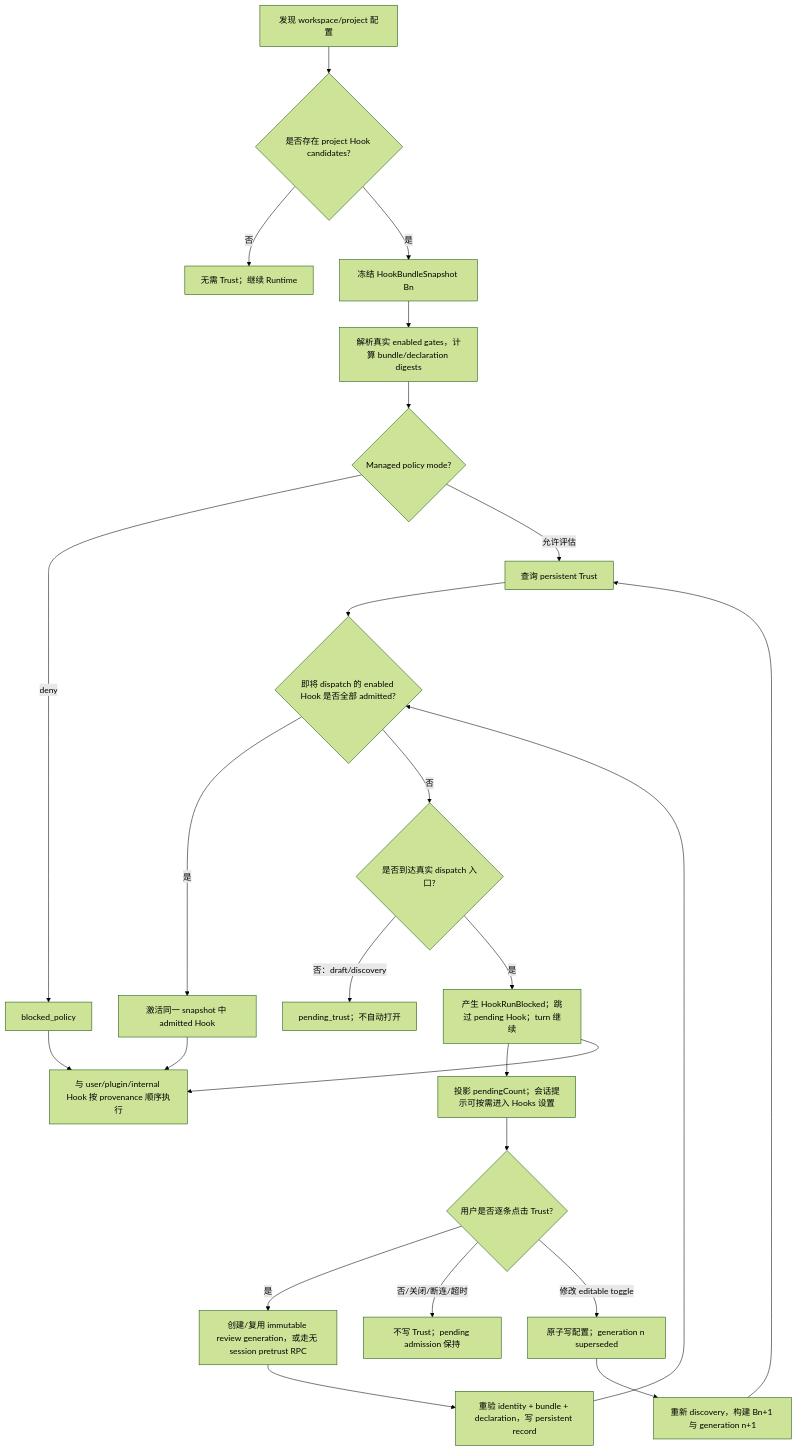
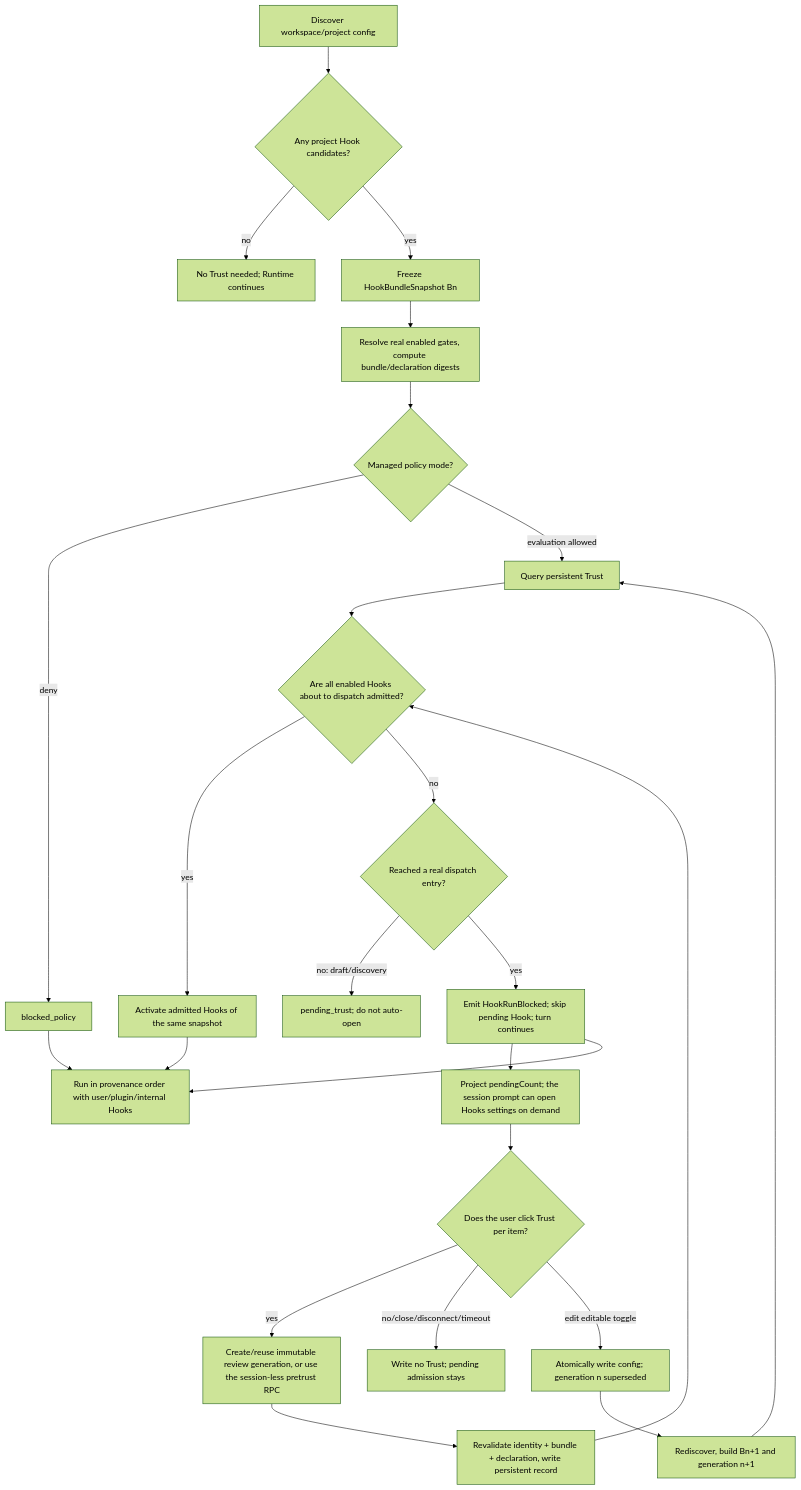
One commit to osben/ZCode changed the first of 2 diagrams in docs/specs/workspace-hook-trust.md. Above: the diagram before and after it, drawn with Mermaid (forest theme). The commit also changed other lines of this file and 6 other files, not shown here.

````diff
--- a/docs/specs/workspace-hook-trust.md
+++ b/docs/specs/workspace-hook-trust.md
@@ -244,27 +184,27 @@
 ```mermaid
 flowchart TD
-    A["发现 workspace/project 配置"] --> B{"是否存在 project Hook candidates?"}
-    B -- "否" --> N["无需 Trust；继续 Runtime"]
-    B -- "是" --> C["冻结 HookBundleSnapshot Bn"]
-    C --> D["解析真实 enabled gates，计算 bundle/declaration digests"]
+    A["Discover workspace/project config"] --> B{"Any project Hook candidates?"}
+    B -- "no" --> N["No Trust needed; Runtime continues"]
+    B -- "yes" --> C["Freeze HookBundleSnapshot Bn"]
+    C --> D["Resolve real enabled gates, compute bundle/declaration digests"]
     D --> E{"Managed policy mode?"}
     E -- "deny" --> P["blocked_policy"]
-    E -- "允许评估" --> F["查询 persistent Trust"]
-    F --> G{"即将 dispatch 的 enabled Hook 是否全部 admitted?"}
-    G -- "是" --> R["激活同一 snapshot 中 admitted Hook"]
-    G -- "否" --> H{"是否到达真实 dispatch 入口?"}
-    H -- "否：draft/discovery" --> W["pending_trust；不自动打开"]
-    H -- "是" --> Q["产生 HookRunBlocked；跳过 pending Hook；turn 继续"]
-    Q --> K["投影 pendingCount；会话提示可按需进入 Hooks 设置"]
-    K --> L{"用户是否逐条点击 Trust?"}
-    L -- "是" --> J["创建/复用 immutable review generation，或走无 session pretrust RPC"]
-    J --> M["重验 identity + bundle + declaration，写 persistent record"]
-    L -- "否/关闭/断连/超时" --> V["不写 Trust；pending admission 保持"]
-    L -- "修改 editable toggle" --> U["原子写配置；generation n superseded"]
-    U --> C2["重新 discovery，构建 Bn+1 与 generation n+1"]
+    E -- "evaluation allowed" --> F["Query persistent Trust"]
+    F --> G{"Are all enabled Hooks about to dispatch admitted?"}
+    G -- "yes" --> R["Activate admitted Hooks of the same snapshot"]
+    G -- "no" --> H{"Reached a real dispatch entry?"}
+    H -- "no: draft/discovery" --> W["pending_trust; do not auto-open"]
+    H -- "yes" --> Q["Emit HookRunBlocked; skip pending Hook; turn continues"]
+    Q --> K["Project pendingCount; the session prompt can open Hooks settings on demand"]
+    K --> L{"Does the user click Trust per item?"}
+    L -- "yes" --> J["Create/reuse immutable review generation, or use the session-less pretrust RPC"]
+    J --> M["Revalidate identity + bundle + declaration, write persistent record"]
+    L -- "no/close/disconnect/timeout" --> V["Write no Trust; pending admission stays"]
+    L -- "edit editable toggle" --> U["Atomically write config; generation n superseded"]
+    U --> C2["Rediscover, build Bn+1 and generation n+1"]
     C2 --> F
     M --> G
-    R --> Z["与 user/plugin/internal Hook 按 provenance 顺序执行"]
+    R --> Z["Run in provenance order with user/plugin/internal Hooks"]
     P --> Z
     Q --> Z
 ```
````
